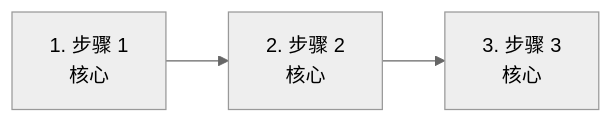
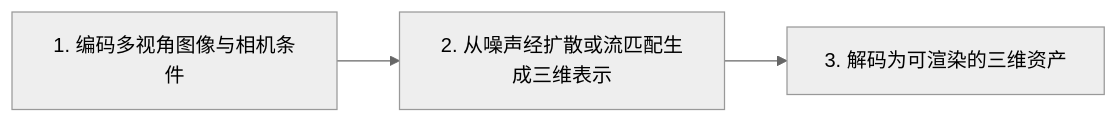
The fourth of 8 diagrams in surveys/multiview-diffusion-3d-generation-20261028/survey.md (jinjianzhao/daily-papers), drawn with Mermaid (neutral theme) before and after one commit. The commit also changed other lines of this file and 1 other file, not shown here.

Commit message:
Clarify multiview survey flow diagrams

````diff
--- a/surveys/multiview-diffusion-3d-generation-20261028/survey.md
+++ b/surveys/multiview-diffusion-3d-generation-20261028/survey.md
@@ -95,8 +95,8 @@
 ```mermaid
 flowchart LR
-  S1["1. 步骤 1<br/>核心"]
-  S2["2. 步骤 2<br/>核心"]
-  S3["3. 步骤 3<br/>核心"]
+  S1["1. 编码多视角图像与相机条件"]
+  S2["2. 从噪声经扩散或流匹配生成三维表示"]
+  S3["3. 解码为可渲染的三维资产"]
   S1 --> S2
   S2 --> S3
 ```
````
